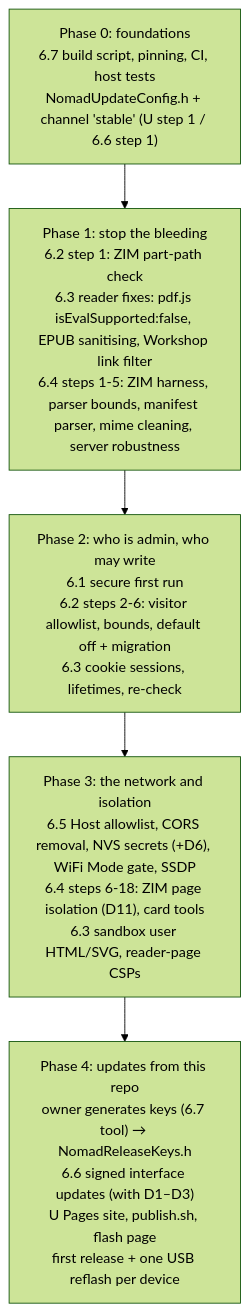
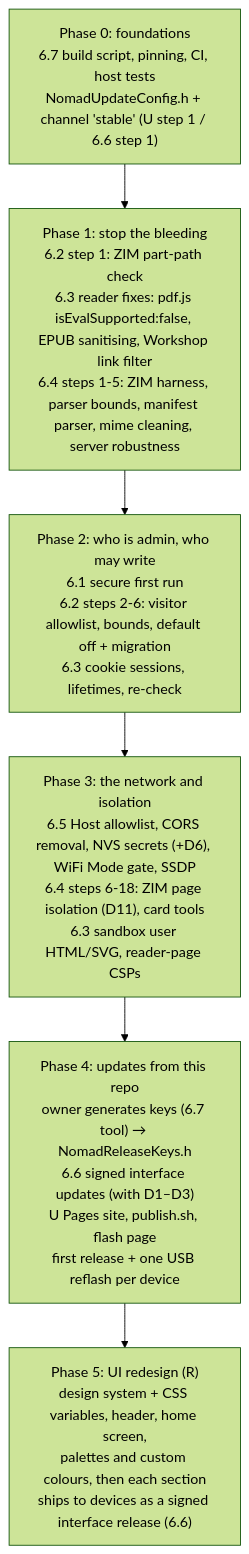
Before and after one commit to Jstudner/jcorp-nomad: the diagram in docs/security-fixes/README.md, drawn with Mermaid (forest theme). The commit also changed other lines of this file and 3 other files, not shown here.

````diff
--- a/docs/security-fixes/README.md
+++ b/docs/security-fixes/README.md
@@ -165,9 +166,10 @@
 ```mermaid
 graph TD
   P0["Phase 0: foundations<br/>6.7 build script, pinning, CI, host tests<br/>NomadUpdateConfig.h + channel 'stable' (U step 1 / 6.6 step 1)"]
   P1["Phase 1: stop the bleeding<br/>6.2 step 1: ZIM part-path check<br/>6.3 reader fixes: pdf.js isEvalSupported:false, EPUB sanitising, Workshop link filter<br/>6.4 steps 1-5: ZIM harness, parser bounds, manifest parser, mime cleaning, server robustness"]
   P2["Phase 2: who is admin, who may write<br/>6.1 secure first run<br/>6.2 steps 2-6: visitor allowlist, bounds, default off + migration<br/>6.3 cookie sessions, lifetimes, re-check"]
   P3["Phase 3: the network and isolation<br/>6.5 Host allowlist, CORS removal, NVS secrets (+D6), WiFi Mode gate, SSDP<br/>6.4 steps 6-18: ZIM page isolation (D11), card tools<br/>6.3 sandbox user HTML/SVG, reader-page CSPs"]
   P4["Phase 4: updates from this repo<br/>owner generates keys (6.7 tool) → NomadReleaseKeys.h<br/>6.6 signed interface updates (with D1–D3)<br/>U Pages site, publish.sh, flash page<br/>first release + one USB reflash per device"]
-  P0 --> P1 --> P2 --> P3 --> P4
+  P5["Phase 5: UI redesign (R)<br/>design system + CSS variables, header, home screen,<br/>palettes and custom colours, then each section<br/>ships to devices as a signed interface release (6.6)"]
+  P0 --> P1 --> P2 --> P3 --> P4 --> P5
 ```
````
